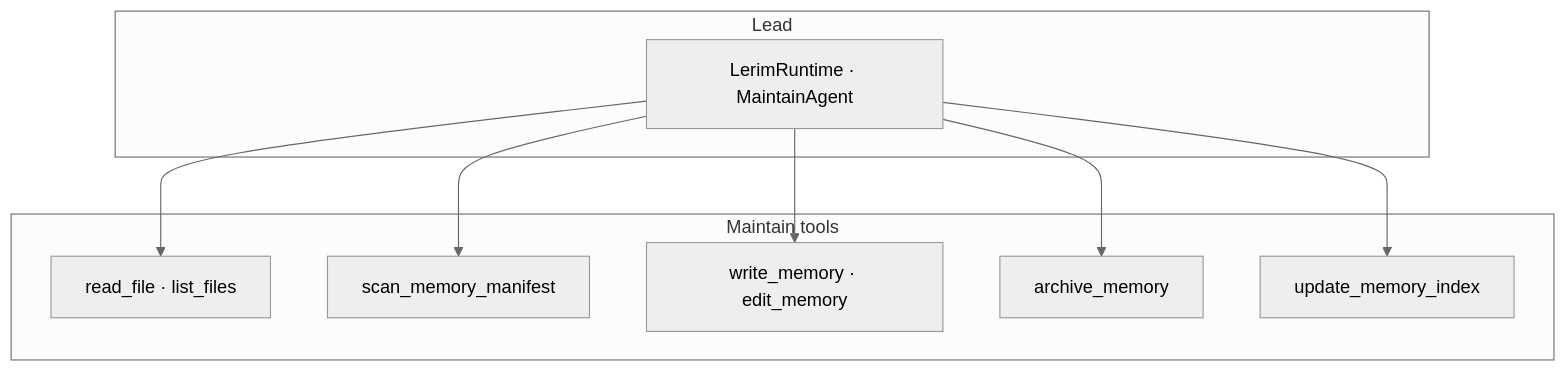
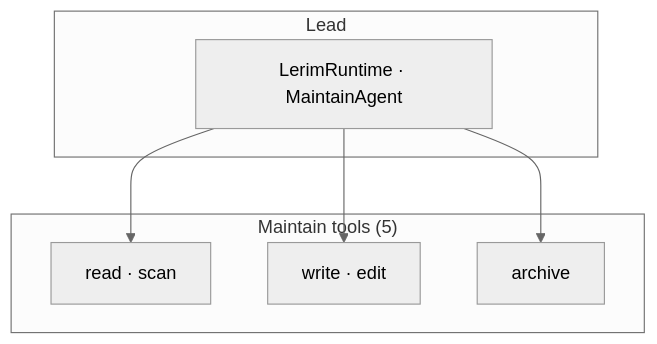
The third of 3 diagrams in docs/concepts/how-it-works.md (lerim-dev/lerim-cli), drawn with Mermaid (neutral theme) before and after one commit. The commit also changed other lines of this file and 18 other files, not shown here.

````diff
--- a/docs/concepts/how-it-works.md
+++ b/docs/concepts/how-it-works.md
@@ -102,18 +96,14 @@
 ```mermaid
 flowchart TB
     subgraph lead_m["Lead"]
         RT_m[LerimRuntime · MaintainAgent]
     end
-    subgraph maintainTools["Maintain tools"]
-        t2["read_file · list_files"]
-        sm2[scan_memory_manifest]
-        wm2["write_memory · edit_memory"]
-        ar[archive_memory]
-        ui2[update_memory_index]
+    subgraph maintainTools["Maintain tools (5)"]
+        t2["read · scan"]
+        wm2["write · edit"]
+        ar[archive]
     end
     RT_m --> t2
-    RT_m --> sm2
     RT_m --> wm2
     RT_m --> ar
-    RT_m --> ui2
 ```
````
